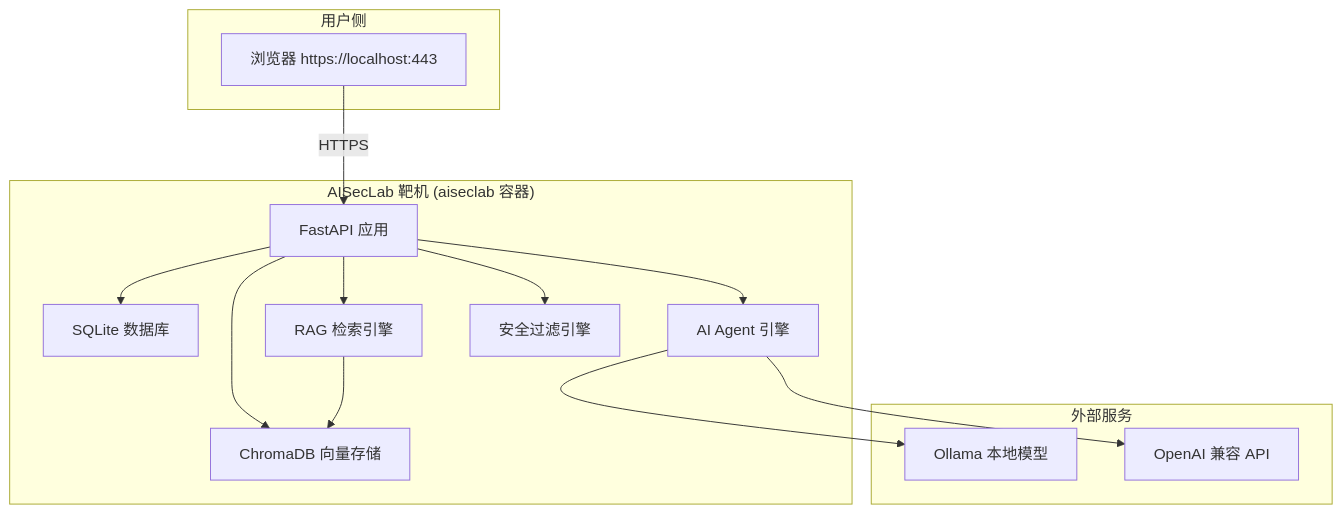
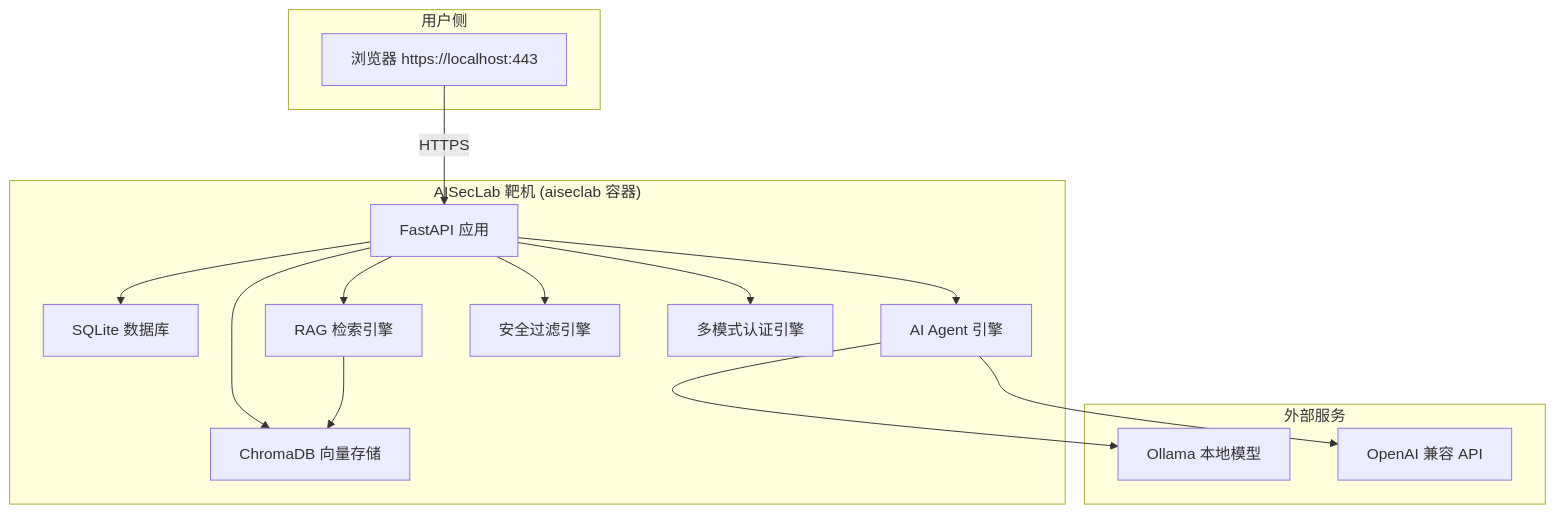
Before and after one commit to hmbphxkw76-byte/BlueTeam-AI: the first of 2 diagrams in AI-Applications/docs/architecture.md, drawn with Mermaid. The commit also changed other lines of this file and 20 other files, not shown here.

````diff
--- a/AI-Applications/docs/architecture.md
+++ b/AI-Applications/docs/architecture.md
@@ -3,30 +3,32 @@
 ```mermaid
 graph TD
     subgraph "用户侧"
         B[浏览器 https://localhost:443]
     end
 
     subgraph "AISecLab 靶机 (aiseclab 容器)"
         C[FastAPI 应用]
         D[SQLite 数据库]
         E[ChromaDB 向量存储]
         F[RAG 检索引擎]
         G[AI Agent 引擎]
         H[安全过滤引擎]
+        K[多模式认证引擎]
     end
 
     subgraph "外部服务"
         I[Ollama 本地模型]
         J[OpenAI 兼容 API]
     end
 
     B -->|HTTPS| C
+    C --> K
     C --> D
     C --> E
     C --> F
     C --> G
     C --> H
     F --> E
     G --> I
     G --> J
 ```
````
